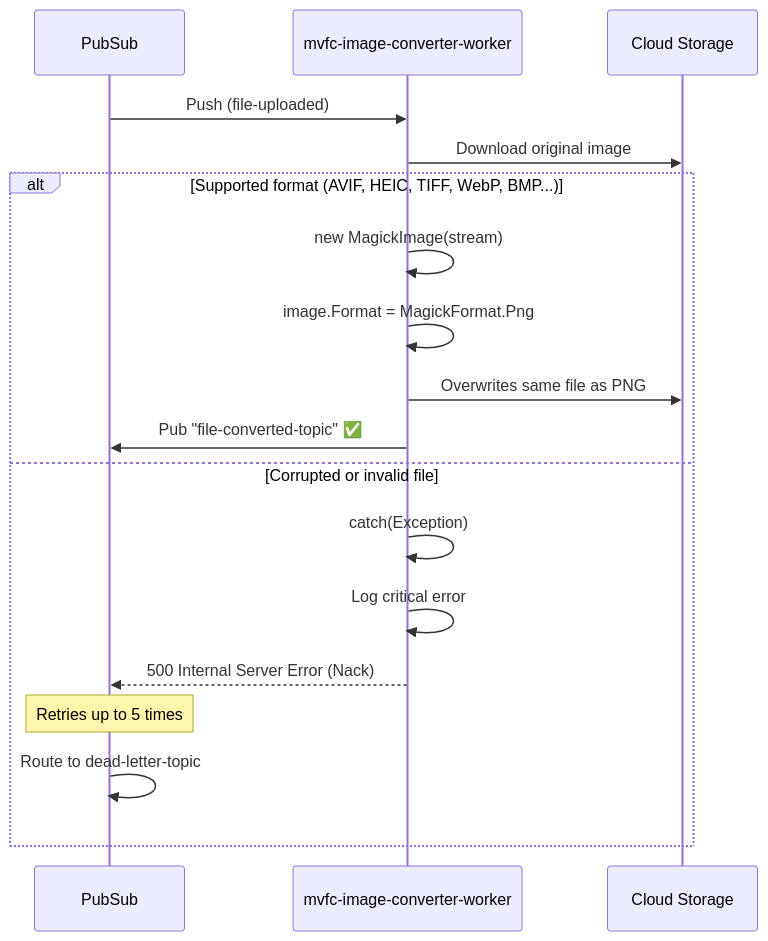
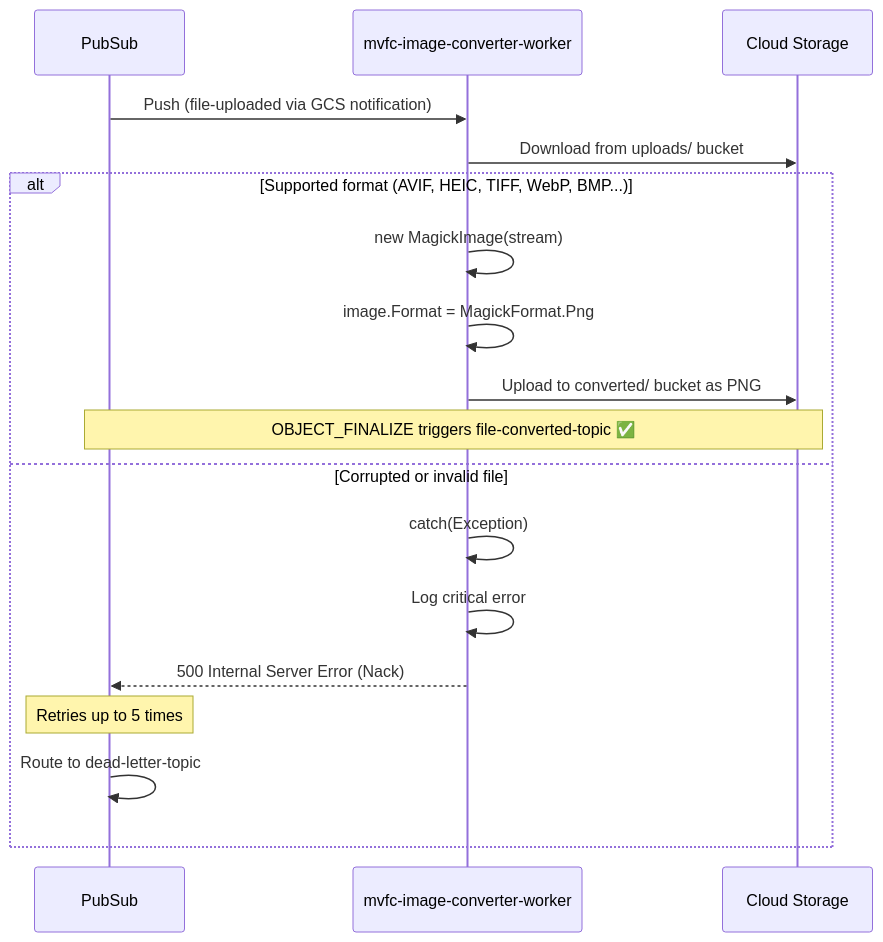
One commit to Marcus-V-Freitas/MVFC.ImageProcessing changed the fourth of 6 diagrams in README.md. Above: the diagram before and after it, drawn with Mermaid. The commit also changed other lines of this file and 48 other files, not shown here.

First line of the commit message:
feat(architecture): migrate pipeline to GCS Object Notifications

````diff
--- a/README.md
+++ b/README.md
@@ -215,22 +229,22 @@
 ```mermaid
 sequenceDiagram
     participant PS as PubSub
     participant CONV as mvfc-image-converter-worker
     participant GCS as Cloud Storage
 
-    PS->>CONV: Push (file-uploaded)
-    CONV->>GCS: Download original image
+    PS->>CONV: Push (file-uploaded via GCS notification)
+    CONV->>GCS: Download from uploads/ bucket
     
     alt Supported format (AVIF, HEIC, TIFF, WebP, BMP...)
         CONV->>CONV: new MagickImage(stream)
         CONV->>CONV: image.Format = MagickFormat.Png
-        CONV->>GCS: Overwrites same file as PNG
-        CONV->>PS: Pub "file-converted-topic" ✅
+        CONV->>GCS: Upload to converted/ bucket as PNG
+        Note over GCS,PS: OBJECT_FINALIZE triggers file-converted-topic ✅
     else Corrupted or invalid file
         CONV->>CONV: catch(Exception)
         CONV->>CONV: Log critical error
         CONV-->>PS: 500 Internal Server Error (Nack)
         Note over PS: Retries up to 5 times
         PS->>PS: Route to dead-letter-topic
     end
 ```
````
